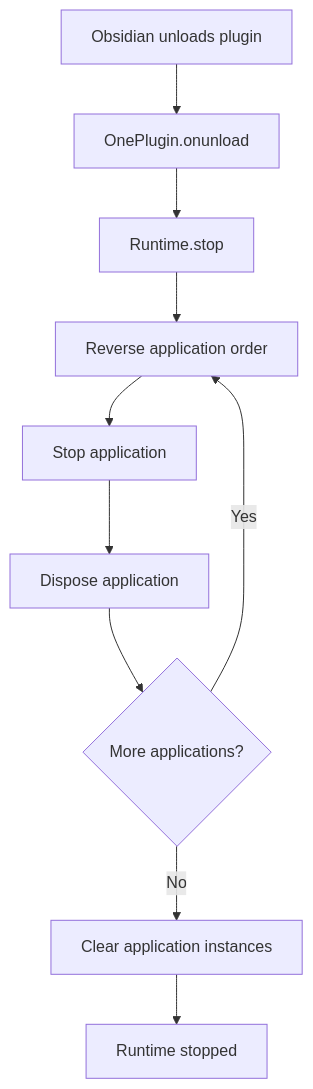
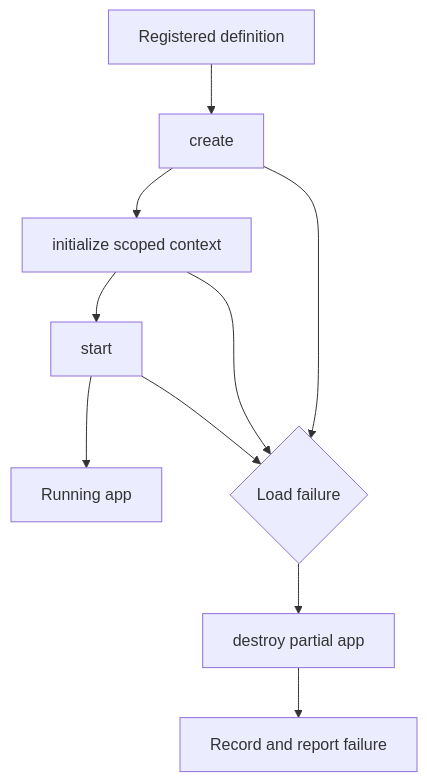
The second of 2 diagrams in docs/dev/Architecture/PLUGIN.md (Akkiraj1234/one-plugin), drawn with Mermaid before and after one commit. The commit also changed other lines of this file and 7 other files, not shown here.

````diff
--- a/docs/dev/Architecture/PLUGIN.md
+++ b/docs/dev/Architecture/PLUGIN.md
@@ -254,12 +96,12 @@
 ```mermaid
 flowchart TD
-    A[Obsidian unloads plugin] --> B[OnePlugin.onunload]
-    B --> C[Runtime.stop]
-    C --> D[Reverse application order]
-    D --> E[Stop application]
-    E --> F[Dispose application]
-    F --> G{More applications?}
-    G -->|Yes| D
-    G -->|No| H[Clear application instances]
-    H --> I[Runtime stopped]
+    A[Registered definition] --> B[create]
+    B --> C[initialize scoped context]
+    C --> D[start]
+    D --> E[Running app]
+    B --> F{Load failure}
+    C --> F
+    D --> F
+    F --> G[destroy partial app]
+    G --> H[Record and report failure]
 ```
````
